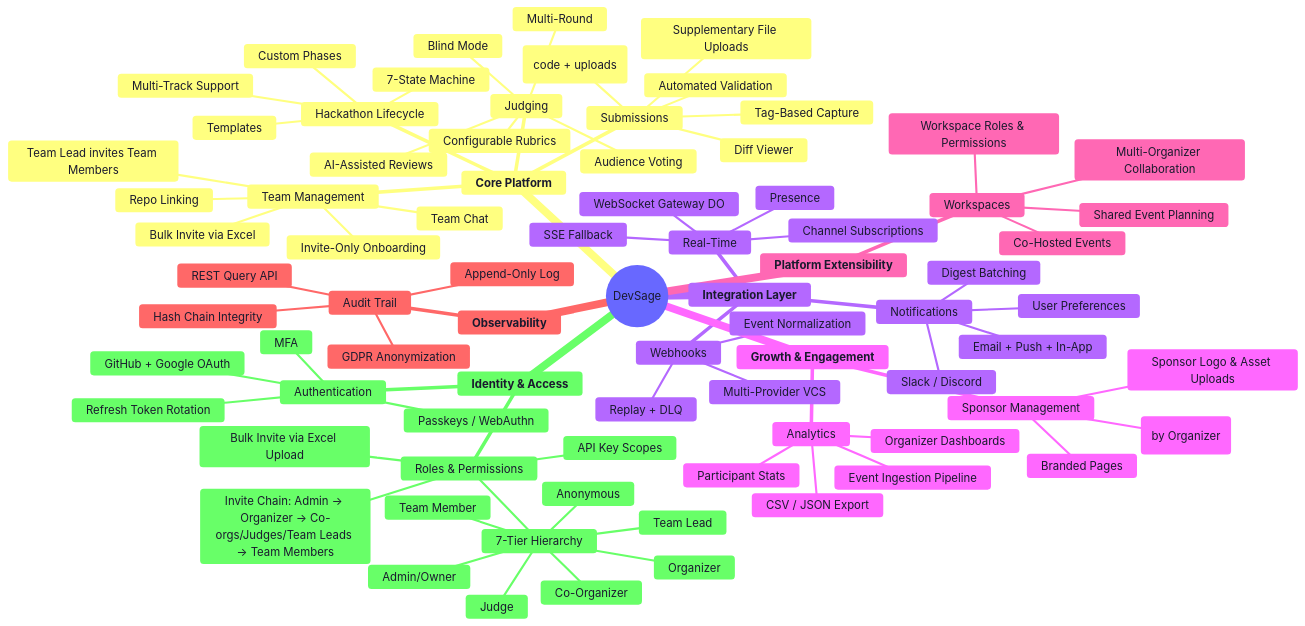
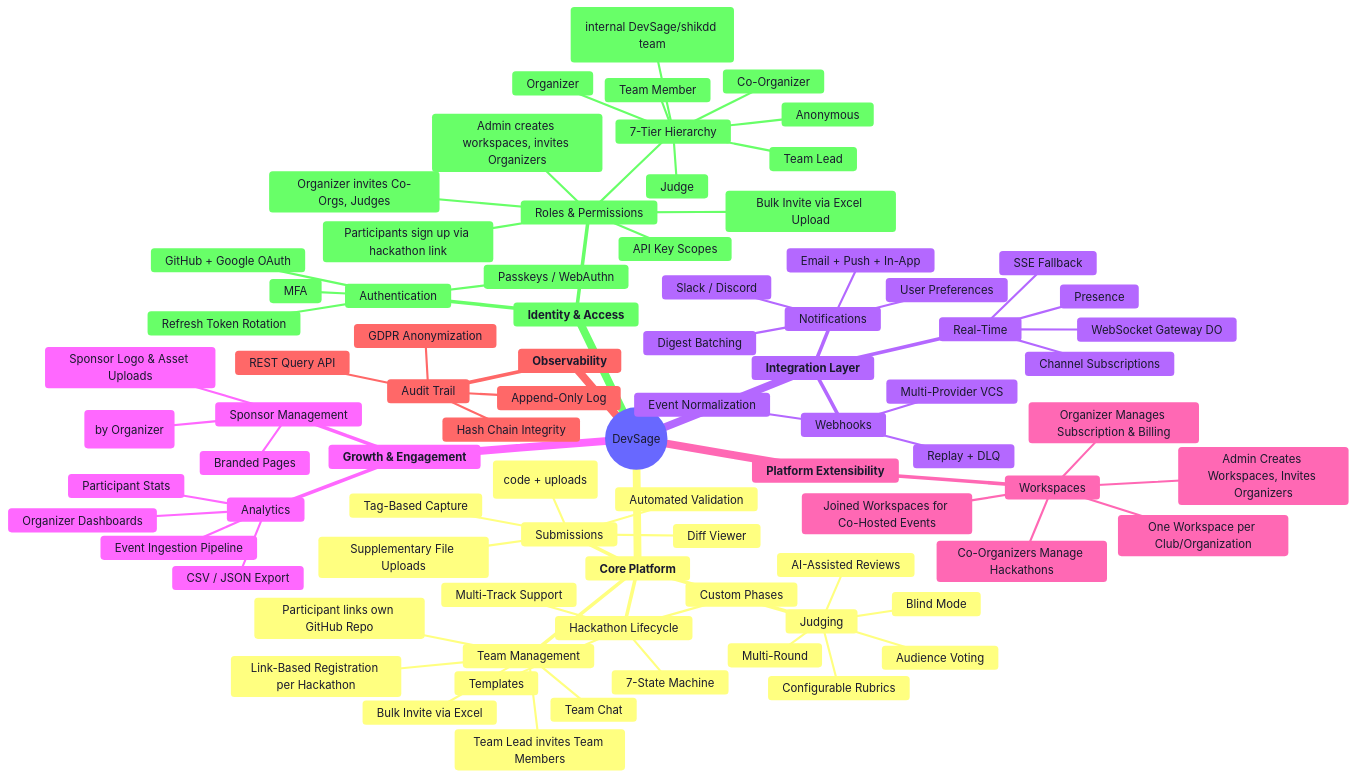
Before and after one commit to devangshupandey2025-stack/DevSage: the fourth of 8 diagrams in docs/v3/planned/00-overview.md, drawn with Mermaid. The commit also changed other lines of this file and 3 other files, not shown here.

First line of the commit message:
docs(core): verify and fix architecture, auth, lifecycle, and team docs

```diff
--- a/docs/v3/planned/00-overview.md
+++ b/docs/v3/planned/00-overview.md
@@ -219,8 +223,10 @@
           Judge
           Co-Organizer
           Organizer
-          Admin/Owner
-        Invite Chain: Admin → Organizer → Co-orgs/Judges/Team Leads → Team Members
+          Admin (internal DevSage/shikdd team)
+        Admin creates workspaces, invites Organizers
+        Organizer invites Co-Orgs, Judges
+        Participants sign up via hackathon link
         Bulk Invite via Excel Upload
         API Key Scopes
     **Core Platform**
@@ -230,11 +236,11 @@
         Templates
         Custom Phases
       Team Management
-        Invite-Only Onboarding
+        Link-Based Registration per Hackathon
         Team Lead invites Team Members
         Bulk Invite via Excel
         Team Chat
-        Repo Linking
+        Participant links own GitHub Repo
       Submissions
         Tag-Based Capture
         Multi-Artifact (code + uploads)
@@ -275,10 +281,11 @@
         CSV / JSON Export
     **Platform Extensibility**
       Workspaces
-        Multi-Organizer Collaboration
-        Shared Event Planning
-        Workspace Roles & Permissions
-        Co-Hosted Events
+        One Workspace per Club/Organization
+        Admin Creates Workspaces, Invites Organizers
+        Organizer Manages Subscription & Billing
+        Co-Organizers Manage Hackathons
+        Joined Workspaces for Co-Hosted Events
     **Observability**
       Audit Trail
         Append-Only Log
```
